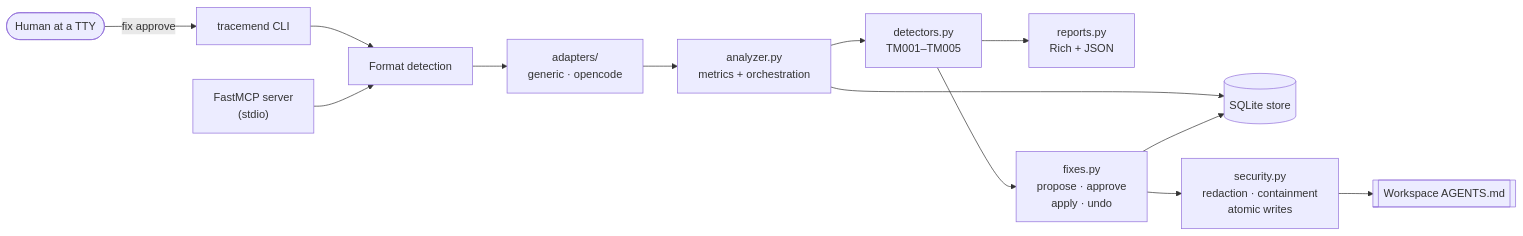
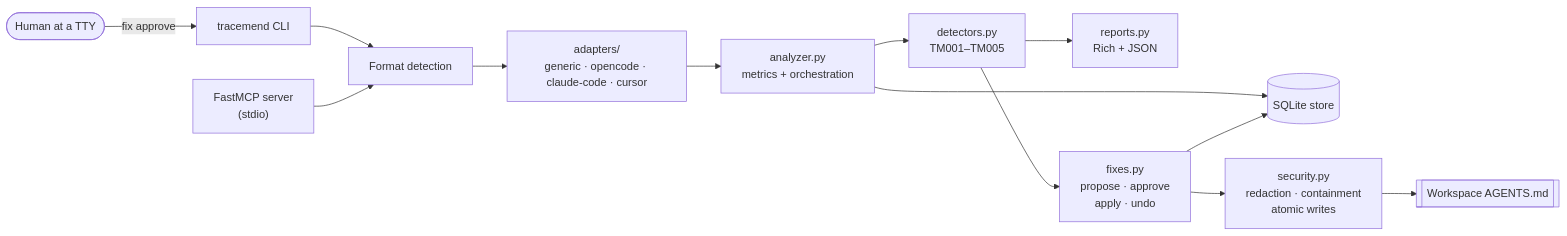
The diagram in README.md (kartikav05/tracemend), drawn with Mermaid before and after one commit. The commit also changed other lines of this file and 5 other files, not shown here.

First line of the commit message:
docs: document native Claude Code and Cursor trace imports

````diff
--- a/README.md
+++ b/README.md
@@ -196,15 +196,15 @@
 ```mermaid
 flowchart LR
     CLI["tracemend CLI"] --> AUTO["Format detection"]
     MCP["FastMCP server<br/>(stdio)"] --> AUTO
-    AUTO --> ADP["adapters/<br/>generic · opencode"]
+    AUTO --> ADP["adapters/<br/>generic · opencode · claude-code · cursor"]
     ADP --> AN["analyzer.py<br/>metrics + orchestration"]
     AN --> DET["detectors.py<br/>TM001–TM005"]
     DET --> REP["reports.py<br/>Rich + JSON"]
     DET --> FIX["fixes.py<br/>propose · approve<br/>apply · undo"]
     AN --> DB[("SQLite store")]
     FIX --> DB
     FIX --> SEC["security.py<br/>redaction · containment<br/>atomic writes"]
     SEC --> WS[["Workspace AGENTS.md"]]
     HUM(["Human at a TTY"]) -->|"fix approve"| CLI
 ```
````
